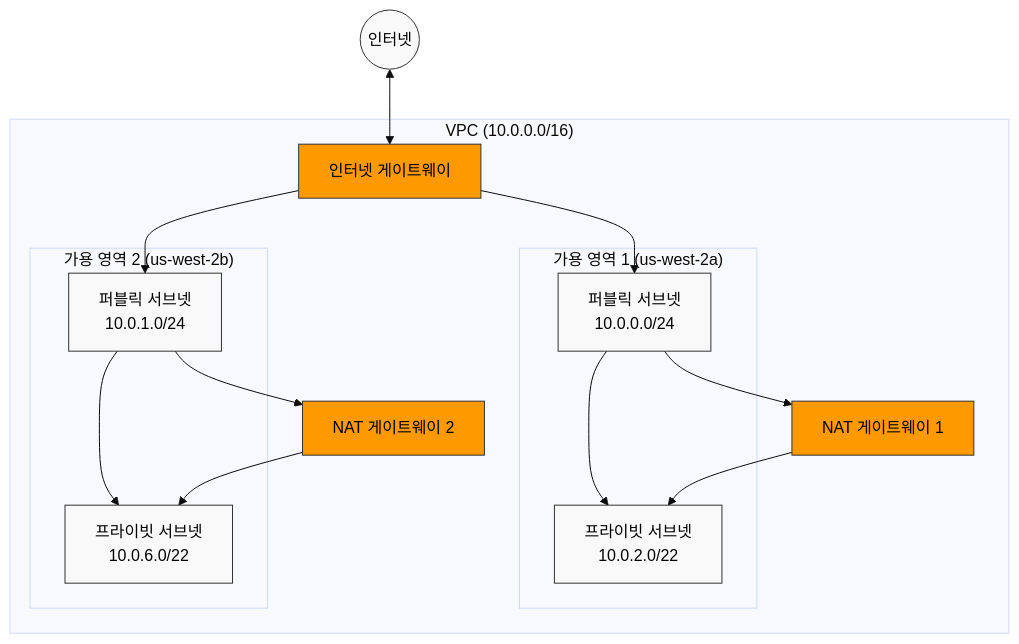
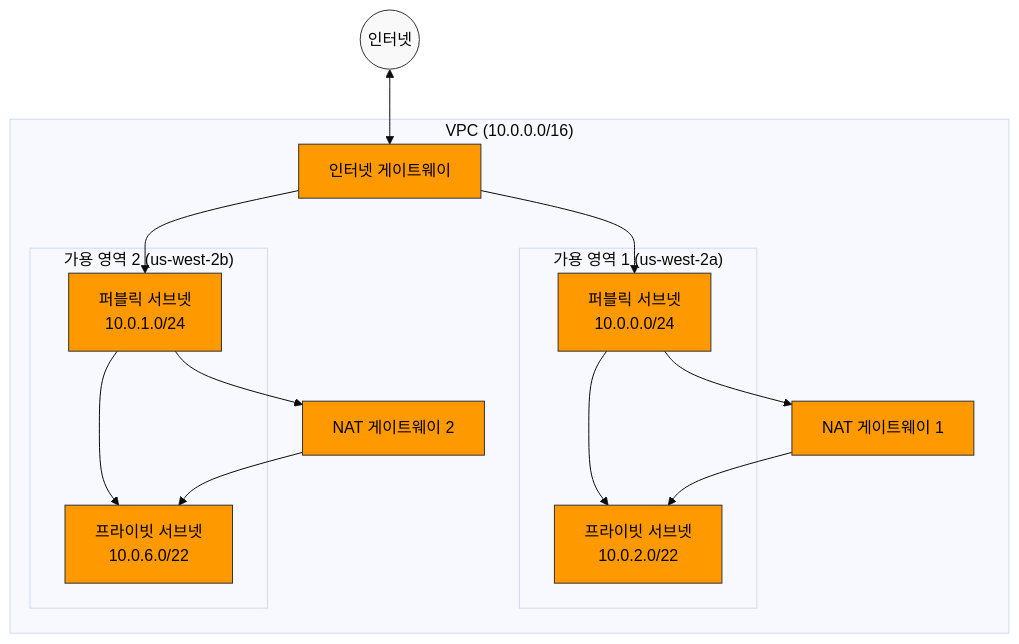
The sixth of 8 diagrams in eks/03-eks-networking-part1.md (Atom-oh/kubernetes-docs), drawn with Mermaid (base theme) before and after one commit. The commit also changed other lines of this file, not shown here.

Commit message:
EKS 네트워킹 Part 1 문서의 다이어그램 스타일 개선

````diff
--- a/eks/03-eks-networking-part1.md
+++ b/eks/03-eks-networking-part1.md
@@ -257,40 +260,40 @@
 ```mermaid
 flowchart TB
     subgraph VPC ["VPC (10.0.0.0/16)"]
         subgraph AZ1 ["가용 영역 1 (us-west-2a)"]
             Public1[퍼블릭 서브넷<br>10.0.0.0/24]
             Private1[프라이빗 서브넷<br>10.0.2.0/22]
             Public1 --> Private1
         end
         
         subgraph AZ2 ["가용 영역 2 (us-west-2b)"]
             Public2[퍼블릭 서브넷<br>10.0.1.0/24]
             Private2[프라이빗 서브넷<br>10.0.6.0/22]
             Public2 --> Private2
         end
         
         IGW[인터넷 게이트웨이]
         NATGW1[NAT 게이트웨이 1]
         NATGW2[NAT 게이트웨이 2]
         
         IGW --> Public1
         IGW --> Public2
         Public1 --> NATGW1
         Public2 --> NATGW2
         NATGW1 --> Private1
         NATGW2 --> Private2
     end
     
     Internet((인터넷)) <--> IGW
     
     %% 클래스 정의
     classDef awsService fill:#FF9900,stroke:#333,stroke-width:1px,color:black;
     classDef k8sComponent fill:#326CE5,stroke:#333,stroke-width:1px,color:white;
     classDef userApp fill:#00C7B7,stroke:#333,stroke-width:1px,color:white;
     classDef dataStore fill:#3B48CC,stroke:#333,stroke-width:1px,color:white;
     classDef default fill:#f9f9f9,stroke:#333,stroke-width:1px,color:black;
     
     %% 클래스 적용
     class IGW,NATGW1,NATGW2 awsService;
-    class Public1,Public2,Private1,Private2 default;
+    class Public1,Public2,Private1,Private2 awsService;
 ```
````
